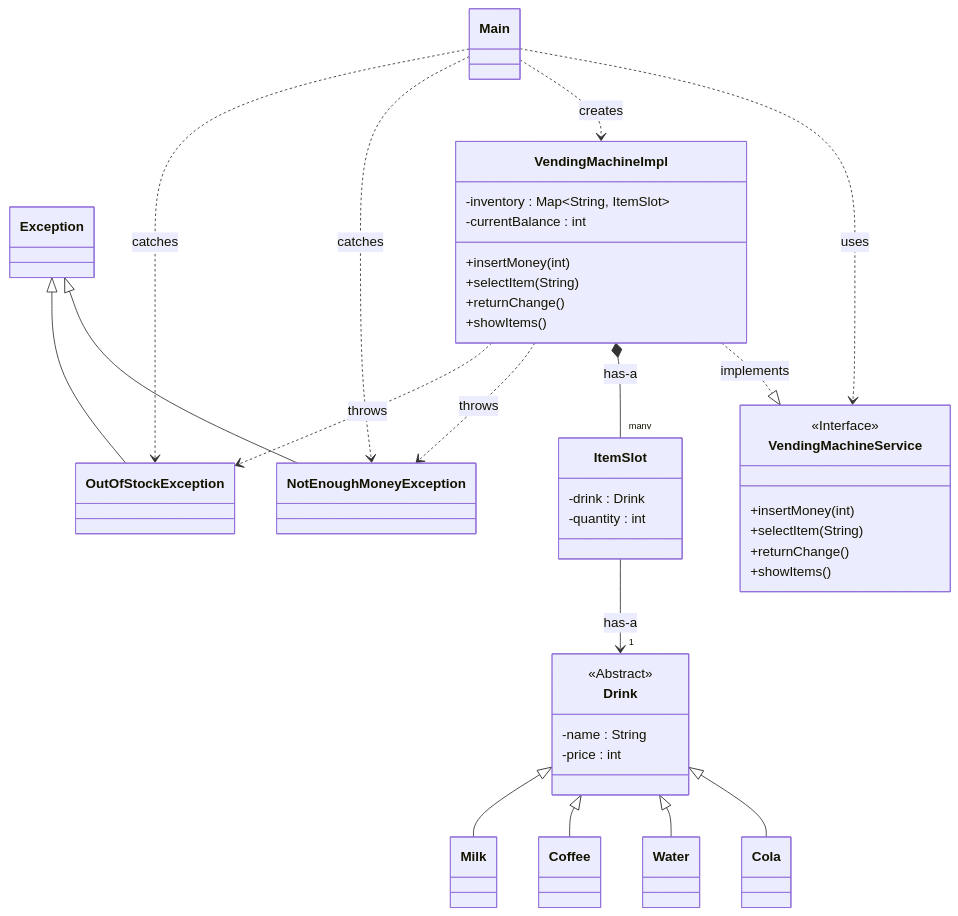
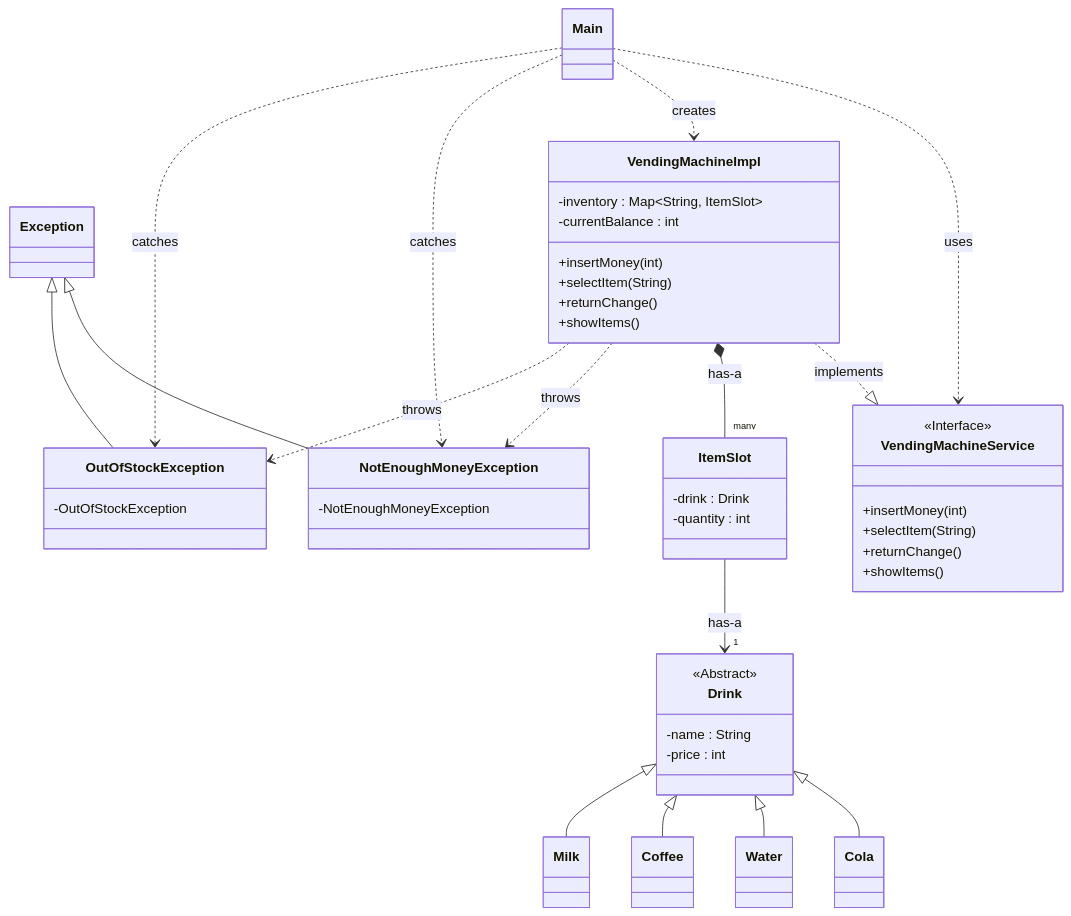
Before and after one commit to shanekang1/java-vending-machine: the diagram in README.md, drawn with Mermaid.

````diff
--- a/README.md
+++ b/README.md
@@ -50,71 +50,73 @@
 ```mermaid
 classDiagram
 
     class Main
     class Exception
     class VendingMachineService {
         <<Interface>>
         +insertMoney(int)
         +selectItem(String)
         +returnChange()
         +showItems()
     }
     class VendingMachineImpl {
         -inventory : Map~String, ItemSlot~
         -currentBalance : int
         +insertMoney(int)
         +selectItem(String)
         +returnChange()
         +showItems()
     }
     class Drink {
         <<Abstract>>
         -name : String
         -price : int
     }
     class ItemSlot {
         -drink : Drink
         -quantity : int
     }
 
     class Cola
     class Water
     class Coffee
     class Milk
     
-    class NotEnoughMoneyException
-    class OutOfStockException
-
-    
+    class NotEnoughMoneyException {
+        -NotEnoughMoneyException
+        }
+    class OutOfStockException {
+        -OutOfStockException
+       }
     %% --- 1. Main dependency ---
     Main ..> VendingMachineService : uses
     Main ..> VendingMachineImpl : creates
     Main ..> NotEnoughMoneyException : catches
     Main ..> OutOfStockException : catches
 
     
     %% --- 2. Interface implementation ---
     VendingMachineImpl ..|> VendingMachineService : implements
 
     
     %% --- 3. Object composition (Map) ---
     VendingMachineImpl *-- "many" ItemSlot : has-a
     ItemSlot --> "1" Drink : has-a
 
     
     %% --- 4. Inheritance ---
     Drink <|-- Cola
     Drink <|-- Water
     Drink <|-- Coffee
     Drink <|-- Milk
 
     
     %% --- 5. Exception inheritance ---
     Exception <|-- NotEnoughMoneyException
     Exception <|-- OutOfStockException
 
     
     %% --- 6. Exception throwing ---
     VendingMachineImpl ..> NotEnoughMoneyException : throws
     VendingMachineImpl ..> OutOfStockException : throws
 ```
````
